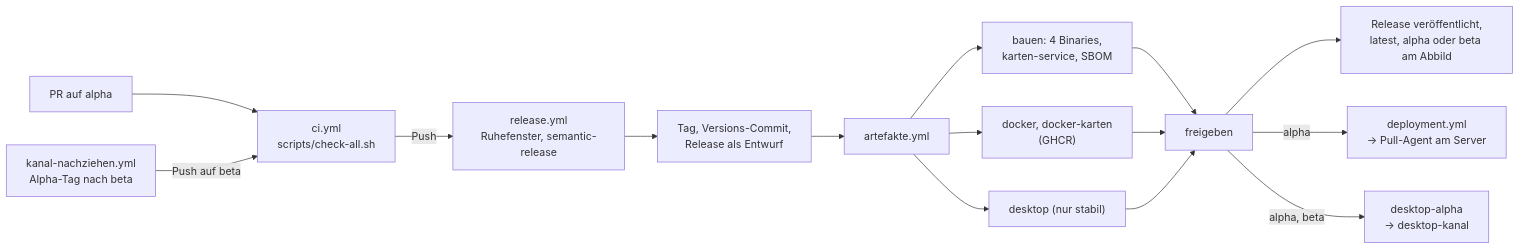
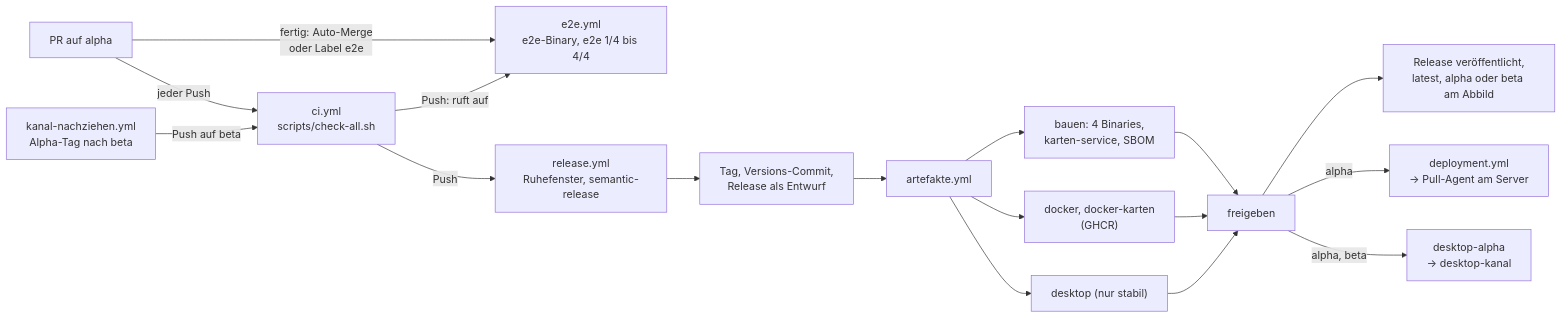
One commit to rubenvitt/lifeline-hub changed the second of 2 diagrams in docs/architektur/07-verteilungssicht.md. Above: the diagram before and after it, drawn with Mermaid. The commit also changed other lines of this file and 19 other files, not shown here.

First line of the commit message:
feat(ci): zweistufige PR-CI, e2e erst bei Auto-Merge oder Label (LLH-1662)

````diff
--- a/docs/architektur/07-verteilungssicht.md
+++ b/docs/architektur/07-verteilungssicht.md
@@ -140,17 +140,19 @@
 ```mermaid
 flowchart LR
-  PR["PR auf alpha"] --> CI["ci.yml<br/>scripts/check-all.sh"]
+  PR["PR auf alpha"] -->|jeder Push| CI["ci.yml<br/>scripts/check-all.sh"]
+  PR -->|"fertig: Auto-Merge<br/>oder Label e2e"| E2E["e2e.yml<br/>e2e-Binary, e2e 1/4 bis 4/4"]
+  CI -->|Push: ruft auf| E2E
   CI -->|Push| REL["release.yml<br/>Ruhefenster, semantic-release"]
   REL --> TAG["Tag, Versions-Commit,<br/>Release als Entwurf"]
   TAG --> ART["artefakte.yml"]
   ART --> B["bauen: 4 Binaries,<br/>karten-service, SBOM"]
   ART --> D["docker, docker-karten<br/>(GHCR)"]
   ART --> DS["desktop (nur stabil)"]
   NZ["kanal-nachziehen.yml<br/>Alpha-Tag nach beta"] -->|Push auf beta| CI
   B --> F["freigeben"]
   D --> F
   DS --> F
   F --> PUB["Release veröffentlicht,<br/>latest, alpha oder beta am Abbild"]
   F -->|alpha| DEP["deployment.yml<br/>→ Pull-Agent am Server"]
   F -->|alpha, beta| DA["desktop-alpha<br/>→ desktop-kanal"]
 ```
````
